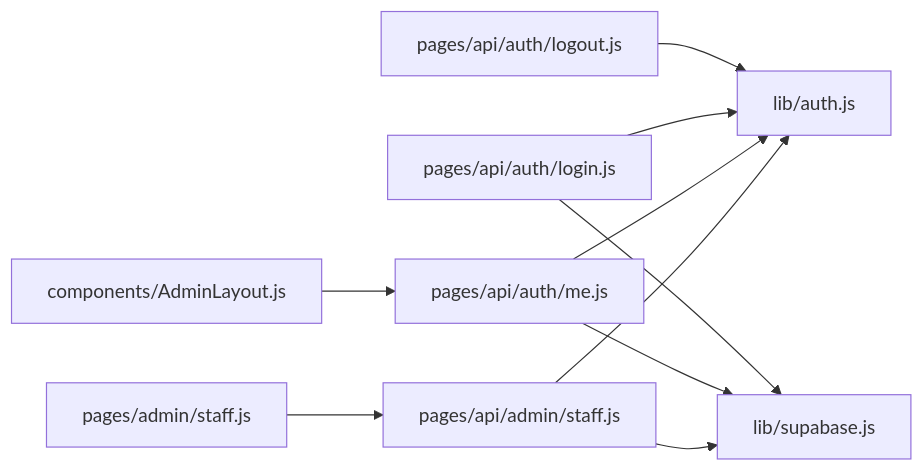
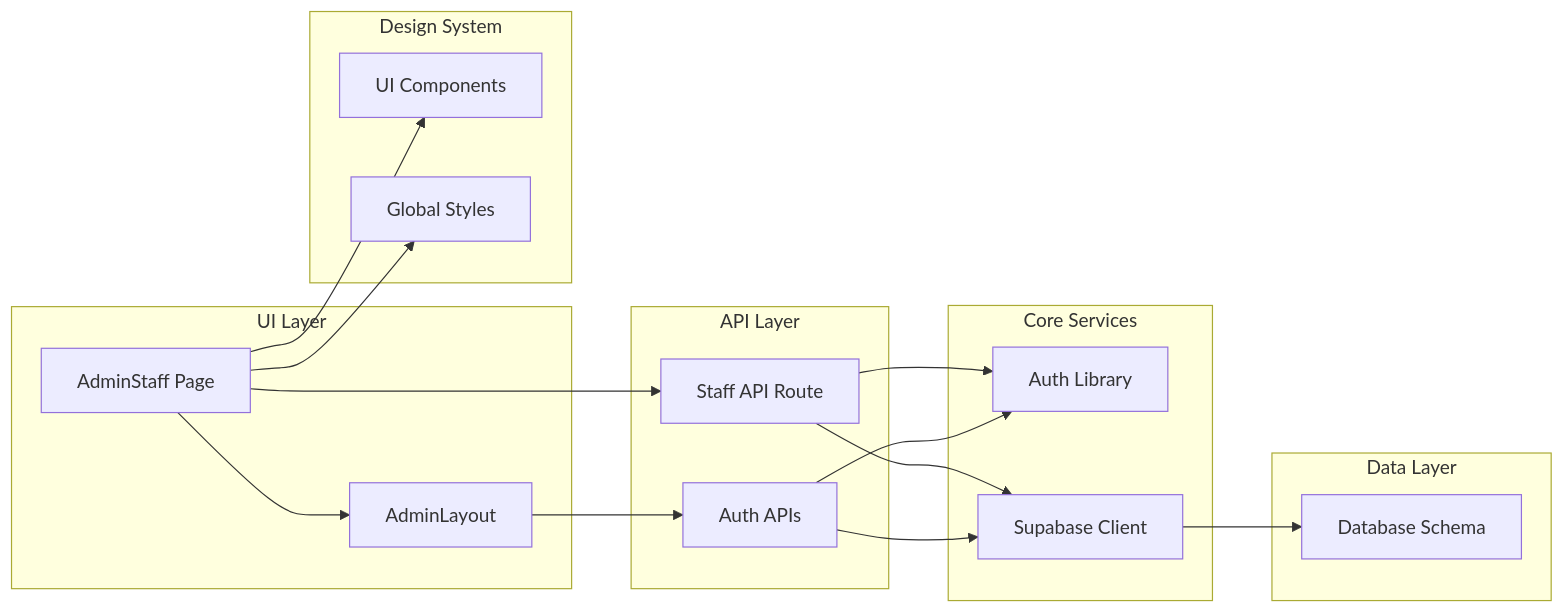
One commit to ObeyMuchechesi/TicketFlow changed the third of 3 diagrams in .qoder/repowiki/en/content/Admin Dashboard/Staff Administration.md. Above: the diagram before and after it, drawn with Mermaid. The commit also changed other lines of this file and 12 other files, not shown here.

First line of the commit message:
docs: EcoCash schema columns and project documentation refresh

````diff
--- a/.qoder/repowiki/en/content/Admin Dashboard/Staff Administration.md
+++ b/.qoder/repowiki/en/content/Admin Dashboard/Staff Administration.md
@@ -320,12 +328,32 @@
 ```mermaid
 graph LR
-AdminStaff["pages/admin/staff.js"] --> StaffAPI["pages/api/admin/staff.js"]
-StaffAPI --> AuthLib["lib/auth.js"]
-StaffAPI --> SupabaseLib["lib/supabase.js"]
-AdminLayout["components/AdminLayout.js"] --> MeAPI["pages/api/auth/me.js"]
-MeAPI --> AuthLib
-MeAPI --> SupabaseLib
-LoginAPI["pages/api/auth/login.js"] --> AuthLib
-LoginAPI --> SupabaseLib
-LogoutAPI["pages/api/auth/logout.js"] --> AuthLib
+subgraph "UI Layer"
+StaffPage["AdminStaff Page"]
+AdminLayout["AdminLayout"]
+end
+subgraph "API Layer"
+StaffAPI["Staff API Route"]
+AuthAPI["Auth APIs"]
+end
+subgraph "Core Services"
+AuthLib["Auth Library"]
+SupabaseLib["Supabase Client"]
+end
+subgraph "Data Layer"
+Schema["Database Schema"]
+end
+subgraph "Design System"
+UIComponents["UI Components"]
+GlobalStyles["Global Styles"]
+end
+StaffPage --> StaffAPI
+StaffPage --> AdminLayout
+StaffPage --> UIComponents
+StaffPage --> GlobalStyles
+StaffAPI --> AuthLib
+StaffAPI --> SupabaseLib
+AdminLayout --> AuthAPI
+AuthAPI --> AuthLib
+AuthAPI --> SupabaseLib
+SupabaseLib --> Schema
 ```
````
